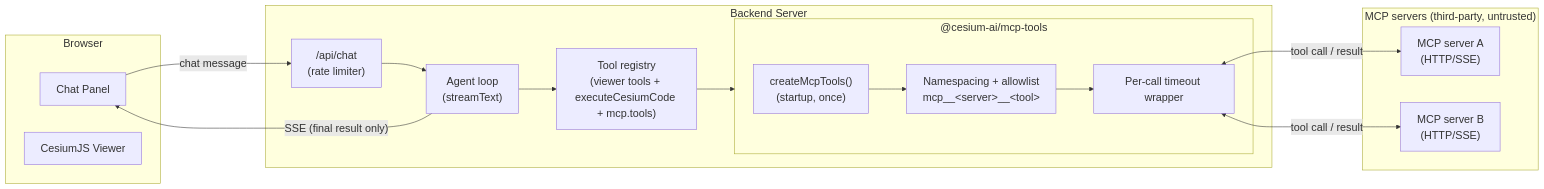
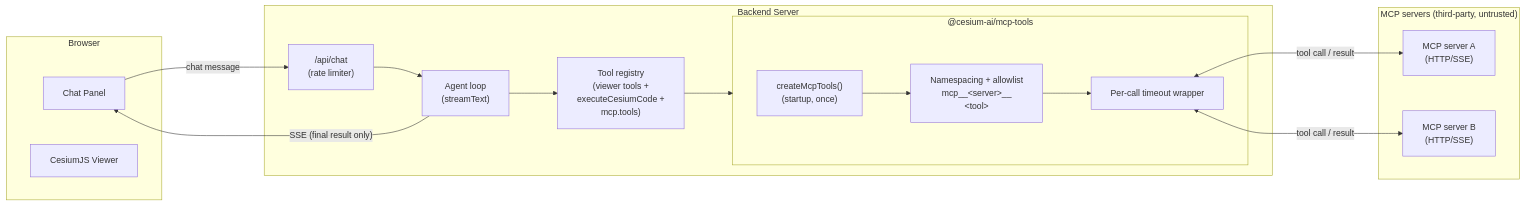
Before and after one commit to CesiumGS/cesiumjs-ai-starter-app: the first of 3 diagrams in docs/architectures/architecture-mcp.md, drawn with Mermaid. The commit also changed other lines of this file and 2 other files, not shown here.

````diff
--- a/docs/architectures/architecture-mcp.md
+++ b/docs/architectures/architecture-mcp.md
@@ -20,34 +20,34 @@
 ```mermaid
-%%{init: {"themeVariables": {"fontSize": "20px"}, "flowchart": {"nodeSpacing": 50, "rankSpacing": 70, "padding": 15}}}%%
+%%{init: {"themeVariables": {"fontSize": "16px"}, "flowchart": {"nodeSpacing": 65, "rankSpacing": 90, "padding": 18}}}%%
 flowchart LR
     subgraph Browser
         UI["Chat Panel"]
         Viewer["CesiumJS Viewer"]
     end
 
     subgraph Backend["Backend Server"]
         API["/api/chat<br/>(rate limiter)"]
         Agent["Agent loop<br/>(streamText)"]
-        Registry["Tool registry<br/>(viewer tools + executeCesiumCode + mcp.tools)"]
+        Registry["Tool registry<br/>(viewer tools +<br/>executeCesiumCode +<br/>mcp.tools)"]
 
         subgraph McpTools["@cesium-ai/mcp-tools"]
             Connect["createMcpTools()<br/>(startup, once)"]
-            Namespace["Namespacing + allowlist<br/>mcp__&lt;server&gt;__&lt;tool&gt;"]
+            Namespace["Namespacing + allowlist<br/>mcp__&lt;server&gt;__<br/>&lt;tool&gt;"]
             Timeout["Per-call timeout wrapper"]
         end
     end
 
     subgraph External["MCP servers (third-party, untrusted)"]
         ServerA["MCP server A<br/>(HTTP/SSE)"]
         ServerB["MCP server B<br/>(HTTP/SSE)"]
     end
 
     UI -- "chat message" --> API
     API --> Agent
     Agent --> Registry
     Registry --> McpTools
     Connect --> Namespace --> Timeout
     Timeout <-->|"tool call / result"| ServerA
     Timeout <-->|"tool call / result"| ServerB
     Agent -- "SSE (final result only)" --> UI
 ```
````
